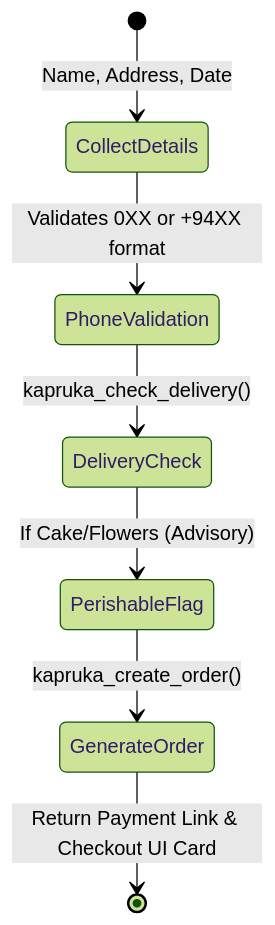
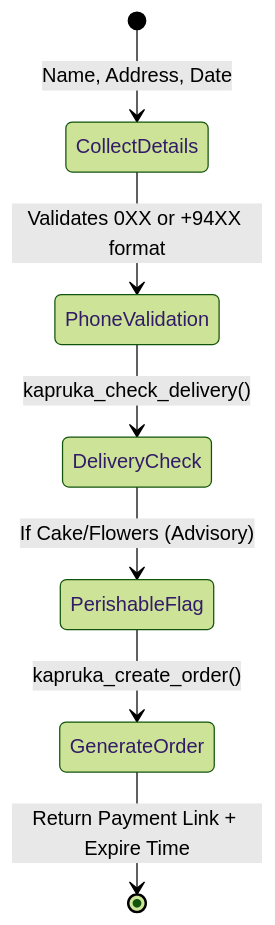
The fifth of 6 diagrams in submition/presentation_script.md (LasaKaru/kapri), drawn with Mermaid (forest theme) before and after one commit. The commit also changed other lines of this file and 1 other file, not shown here.

````diff
--- a/submition/presentation_script.md
+++ b/submition/presentation_script.md
@@ -167,9 +129,9 @@
 ```mermaid
 stateDiagram-v2
     [*] --> CollectDetails: Name, Address, Date
     CollectDetails --> PhoneValidation: Validates 0XX or +94XX format
     PhoneValidation --> DeliveryCheck: kapruka_check_delivery()
     DeliveryCheck --> PerishableFlag: If Cake/Flowers (Advisory)
     PerishableFlag --> GenerateOrder: kapruka_create_order()
-    GenerateOrder --> [*]: Return Payment Link & Checkout UI Card
+    GenerateOrder --> [*]: Return Payment Link + Expire Time
 ```
````
